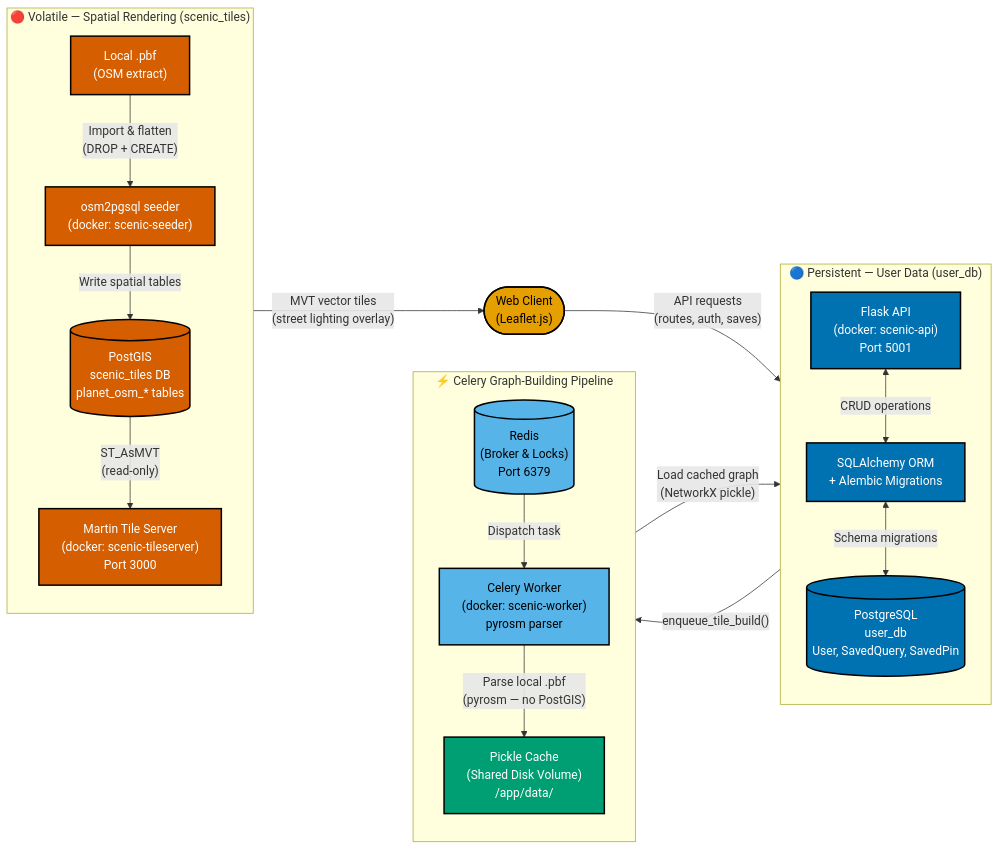
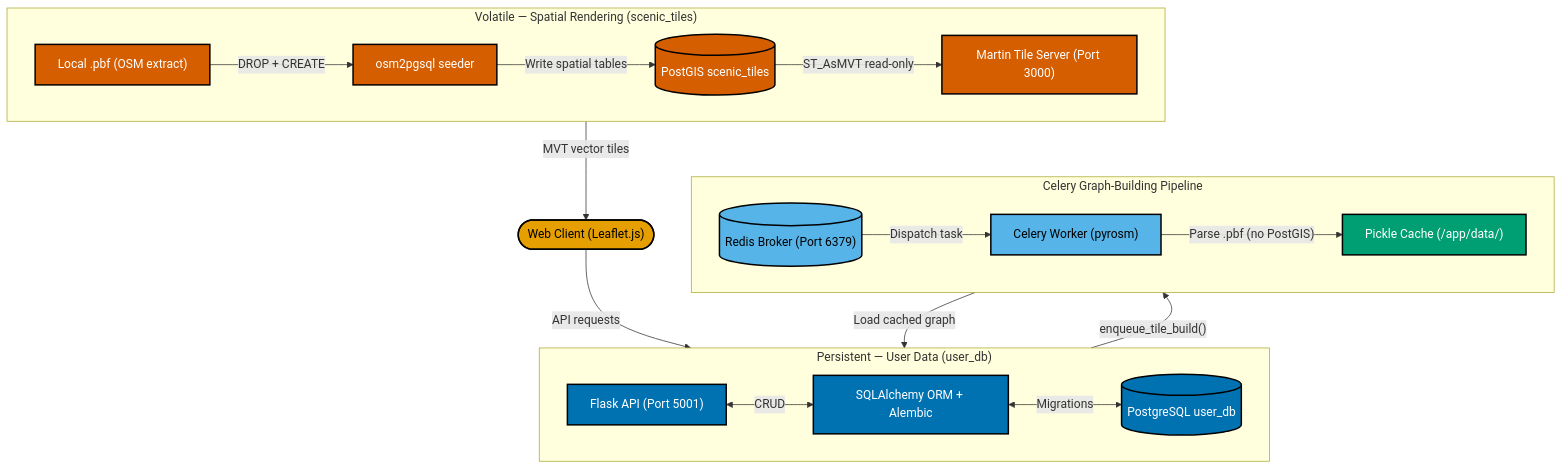
Before and after one commit to Chimpyr/pathfinder-project: the diagram in docs/report_diagrams/4_dual_database_segregation.md, drawn with Mermaid. The commit also changed 13 other files, not shown here.

Commit message:
Fix trunk and REDIS race condition, with DIAGRAMS

````diff
--- a/docs/report_diagrams/4_dual_database_segregation.md
+++ b/docs/report_diagrams/4_dual_database_segregation.md
@@ -12,66 +12,64 @@
 ```mermaid
-flowchart LR
+flowchart TD
     classDef volatile fill:#D55E00,stroke:#000,stroke-width:2px,color:#FFF
     classDef persistent fill:#0072B2,stroke:#000,stroke-width:2px,color:#FFF
     classDef neutral fill:#56B4E9,stroke:#000,stroke-width:2px,color:#000
     classDef client fill:#E69F00,stroke:#000,stroke-width:2px,color:#000
     classDef cache fill:#009E73,stroke:#000,stroke-width:2px,color:#FFF
-    classDef boundary stroke:#CC79A7,stroke-width:3px,stroke-dasharray:8 4
 
-    %% ══════════════════════════════════════════════════════════════
-    %%  LEFT: VOLATILE  (Spatial / Rendering Pipeline)
-    %% ══════════════════════════════════════════════════════════════
-    subgraph VOLATILE ["🔴 Volatile — Spatial Rendering (scenic_tiles)"]
-        direction TB
-        PBF["Local .pbf\n(OSM extract)"]:::volatile
-        Seeder["osm2pgsql seeder\n(docker: scenic-seeder)"]:::volatile
-        PostGIS[("PostGIS\nscenic_tiles DB\nplanet_osm_* tables")]:::volatile
-        Martin["Martin Tile Server\n(docker: scenic-tileserver)\nPort 3000"]:::volatile
+    %% ══════════════════════════════════════
+    %%  VOLATILE  (Spatial / Rendering)
+    %% ══════════════════════════════════════
+    subgraph VOLATILE ["Volatile — Spatial Rendering (scenic_tiles)"]
+        direction LR
+        PBF["Local .pbf (OSM extract)"]:::volatile
+        Seeder["osm2pgsql seeder"]:::volatile
+        PostGIS[("PostGIS scenic_tiles")]:::volatile
+        Martin["Martin Tile Server (Port 3000)"]:::volatile
 
-        PBF -->|"Import & flatten\n(DROP + CREATE)"| Seeder
+        PBF -->|"DROP + CREATE"| Seeder
         Seeder -->|"Write spatial tables"| PostGIS
-        PostGIS -->|"ST_AsMVT\n(read-only)"| Martin
+        PostGIS -->|"ST_AsMVT read-only"| Martin
     end
 
-    %% ══════════════════════════════════════════════════════════════
-    %%  RIGHT: PERSISTENT  (User / Application Data)
-    %% ══════════════════════════════════════════════════════════════
-    subgraph PERSISTENT ["🔵 Persistent — User Data (user_db)"]
-        direction TB
-        FlaskAPI["Flask API\n(docker: scenic-api)\nPort 5001"]:::persistent
-        ORM["SQLAlchemy ORM\n+ Alembic Migrations"]:::persistent
-        UserDB[("PostgreSQL\nuser_db\nUser, SavedQuery, SavedPin")]:::persistent
+    %% ══════════════════════════════════════
+    %%  CLIENT
+    %% ══════════════════════════════════════
+    Client(["Web Client (Leaflet.js)"]):::client
 
-        FlaskAPI <-->|"CRUD operations"| ORM
-        ORM <-->|"Schema migrations"| UserDB
+    Martin -->|"MVT vector tiles"| Client
+    Client -->|"API requests"| FlaskAPI
+
+    %% ══════════════════════════════════════
+    %%  PERSISTENT  (User / Application Data)
+    %% ══════════════════════════════════════
+    subgraph PERSISTENT ["Persistent — User Data (user_db)"]
+        direction LR
+        FlaskAPI["Flask API (Port 5001)"]:::persistent
+        ORM["SQLAlchemy ORM + Alembic"]:::persistent
+        UserDB[("PostgreSQL user_db")]:::persistent
+
+        FlaskAPI <-->|"CRUD"| ORM
+        ORM <-->|"Migrations"| UserDB
     end
 
-    %% ══════════════════════════════════════════════════════════════
-    %%  CELERY PIPELINE  (Bypasses PostGIS entirely)
-    %% ══════════════════════════════════════════════════════════════
-    subgraph CELERY ["⚡ Celery Graph-Building Pipeline"]
-        direction TB
-        Redis[("Redis\n(Broker & Locks)\nPort 6379")]:::neutral
-        Worker["Celery Worker\n(docker: scenic-worker)\npyrosm parser"]:::neutral
-        PickleCache["Pickle Cache\n(Shared Disk Volume)\n/app/data/"]:::cache
+    %% ══════════════════════════════════════
+    %%  CELERY  (Bypasses PostGIS entirely)
+    %% ══════════════════════════════════════
+    subgraph CELERY ["Celery Graph-Building Pipeline"]
+        direction LR
+        Redis[("Redis Broker (Port 6379)")]:::neutral
+        Worker["Celery Worker (pyrosm)"]:::neutral
+        PickleCache["Pickle Cache (/app/data/)"]:::cache
+
+        Redis -->|"Dispatch task"| Worker
+        Worker -->|"Parse .pbf (no PostGIS)"| PickleCache
     end
 
-    %% ── Celery flow (bypasses PostGIS) ───────────────────────────
+    %% ── Celery ↔ Flask ───────────────────
     FlaskAPI -->|"enqueue_tile_build()"| Redis
-    Redis -->|"Dispatch task"| Worker
-    Worker -->|"Parse local .pbf\n(pyrosm — no PostGIS)"| PickleCache
-    PickleCache -->|"Load cached graph\n(NetworkX pickle)"| FlaskAPI
+    PickleCache -->|"Load cached graph"| FlaskAPI
 
-    %% ── Client connections ───────────────────────────────────────
-    Client(["Web Client\n(Leaflet.js)"]):::client
-    Martin -->|"MVT vector tiles\n(street lighting overlay)"| Client
-    Client -->|"API requests\n(routes, auth, saves)"| FlaskAPI
-
-    %% ══════════════════════════════════════════════════════════════
-    %%  BLAST RADIUS BOUNDARY  (No lines cross)
-    %% ══════════════════════════════════════════════════════════════
-    %% NOTE: There are deliberately NO edges between VOLATILE and
-    %% PERSISTENT subgraphs. The Celery pipeline connects to Flask
-    %% via disk cache, never via PostGIS. A full osm2pgsql re-import
-    %% can DROP all spatial tables without affecting user_db.
+    %% NOTE: No edges cross VOLATILE / PERSISTENT boundary.
+    %% osm2pgsql can DROP all spatial tables without affecting user_db.
 ```
````
